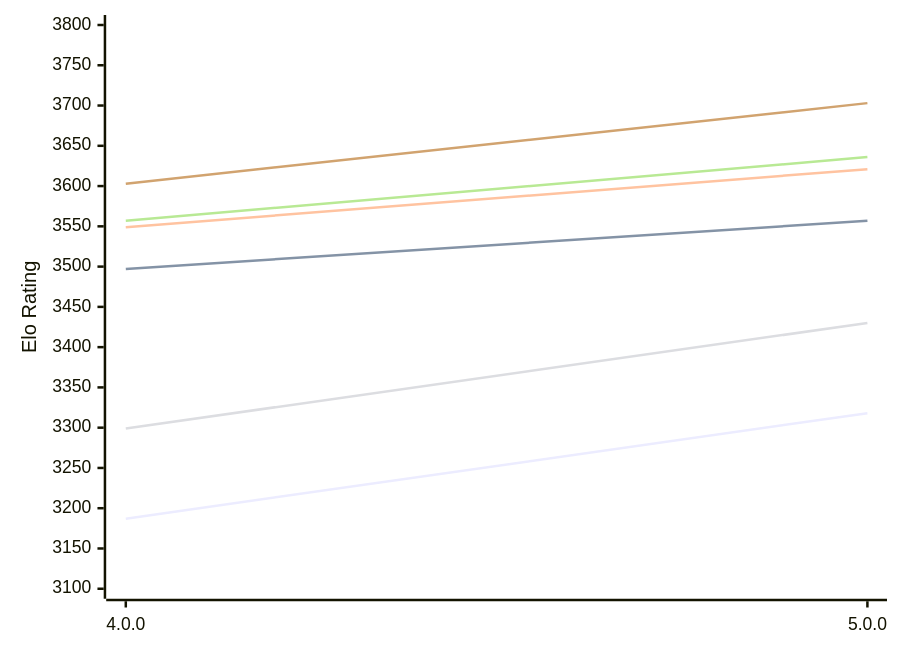
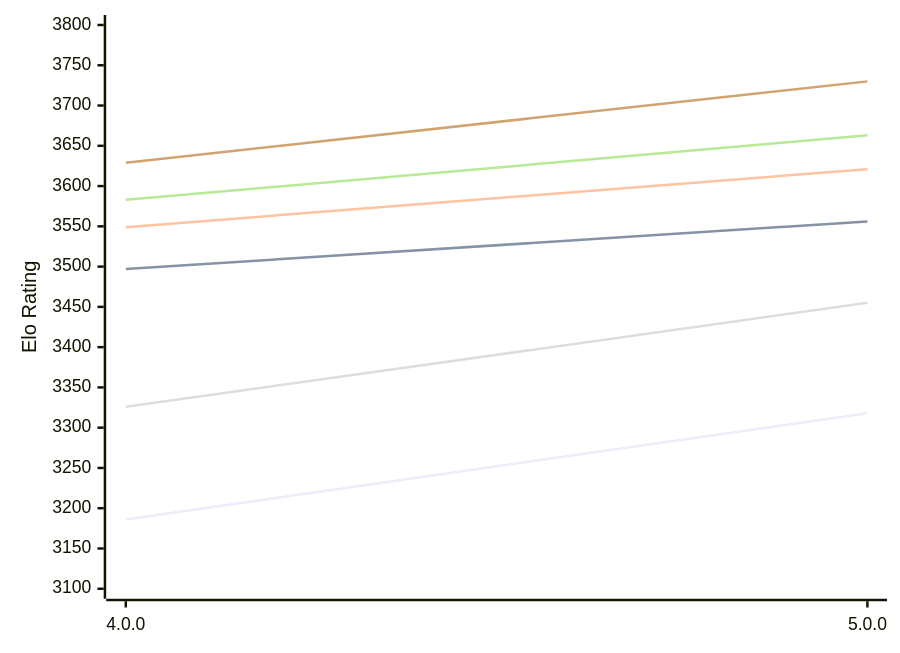
Before and after one commit to computer-chess-index/cci: the first of 2 diagrams in engines/Avalanche.md, drawn with Mermaid. The commit also changed other lines of this file, not shown here.

Commit message:
Update CCI Ratings (ELO VLTC) - 2026-11-04

````diff
--- a/engines/Avalanche.md
+++ b/engines/Avalanche.md
@@ -50,12 +50,12 @@
 ```mermaid
 %%{init: {"theme":"base","themeVariables":{"seriesColors:['#a3a3a3','#222221','#faa371']}}}%%
 xychart-beta
   x-axis ["4.0.0", "5.0.0"]
   y-axis "Elo Rating" 3100 --> 3800
-  line "E1: STC (8.0+0.08s)" [3187, 3318]
-  line "E1: LTC (60.0+0.60s)" [3497, 3557]
+  line "E1: STC (8.0+0.08s)" [3186, 3318]
+  line "E1: LTC (60.0+0.60s)" [3497, 3556]
   line "E1: VLTC (2m24s+1.12s)" [3549, 3621]
-  line "P1: STC (8.0+0.08s)" [3299, 3430]
-  line "P1: LTC (60.0+0.60s)" [3557, 3636]
-  line "P1: VLTC (2m24s+1.12s)" [3603, 3703]
+  line "P1: STC (8.0+0.08s)" [3326, 3455]
+  line "P1: LTC (60.0+0.60s)" [3583, 3663]
+  line "P1: VLTC (2m24s+1.12s)" [3629, 3730]
 ```
````
